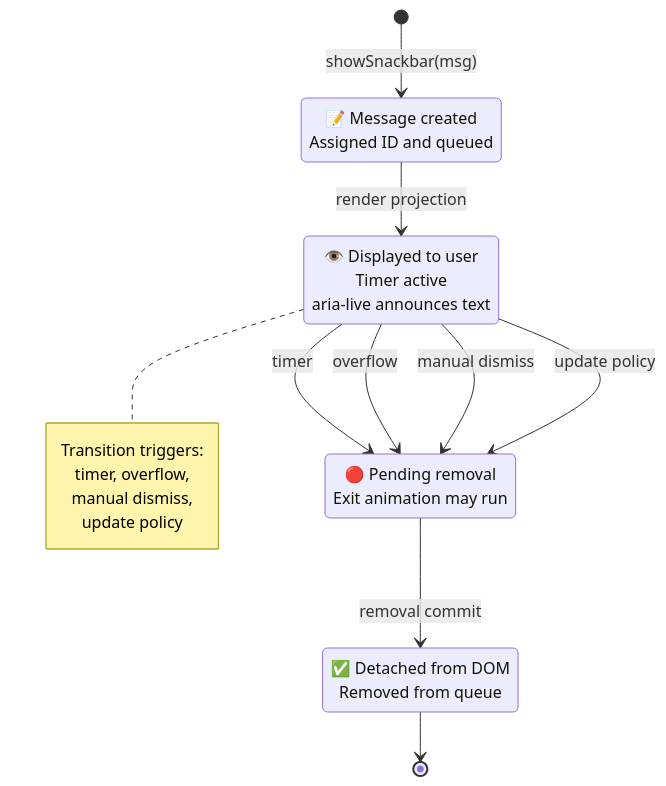
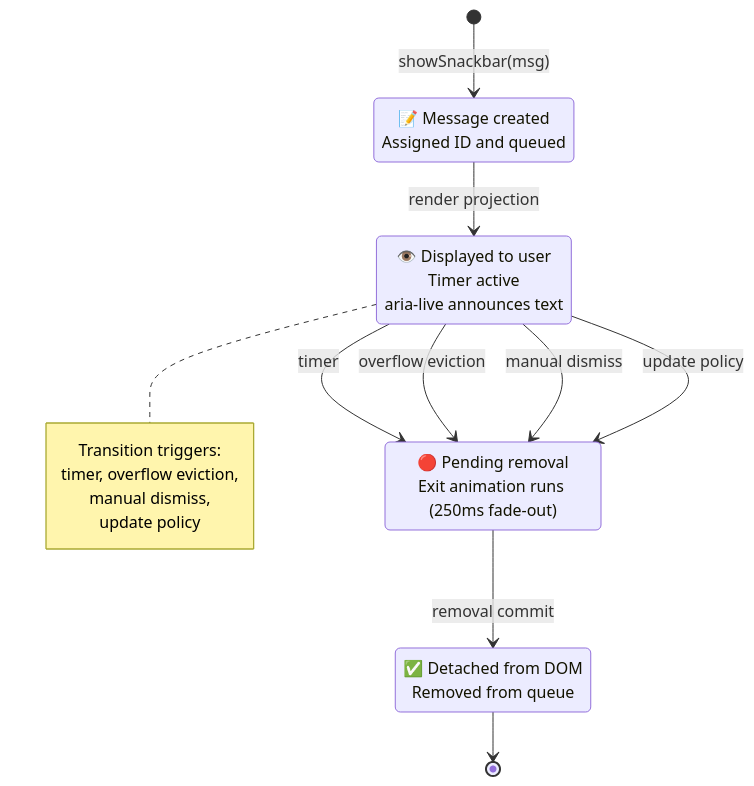
Before and after one commit to CyanAutomation/judokon: the second of 3 diagrams in design/productRequirementsDocuments/prdSnackbar.md, drawn with Mermaid. The commit also changed other lines of this file, not shown here.

Commit message:
docs: standardize snackbar overflow to dismissing fade-out (#5800)

````diff
--- a/design/productRequirementsDocuments/prdSnackbar.md
+++ b/design/productRequirementsDocuments/prdSnackbar.md
@@ -160,30 +160,30 @@
 ```mermaid
 stateDiagram-v2
     [*] --> Created: showSnackbar(msg)
 
     Created: 📝 Message created<br/>Assigned ID and queued
 
     Created --> Visible: render projection
 
     Visible: 👁️ Displayed to user<br/>Timer active<br/>aria-live announces text
 
     Visible --> Dismissing: timer
-    Visible --> Dismissing: overflow
+    Visible --> Dismissing: overflow eviction
     Visible --> Dismissing: manual dismiss
     Visible --> Dismissing: update policy
 
-    Dismissing: 🔴 Pending removal<br/>Exit animation may run
+    Dismissing: 🔴 Pending removal<br/>Exit animation runs (250ms fade-out)
 
     Dismissing --> Removed: removal commit
 
     Removed: ✅ Detached from DOM<br/>Removed from queue
 
     Removed --> [*]
 
     note right of Visible
         Transition triggers:
-        timer, overflow,
+        timer, overflow eviction,
         manual dismiss,
         update policy
     end note
 ```
````
